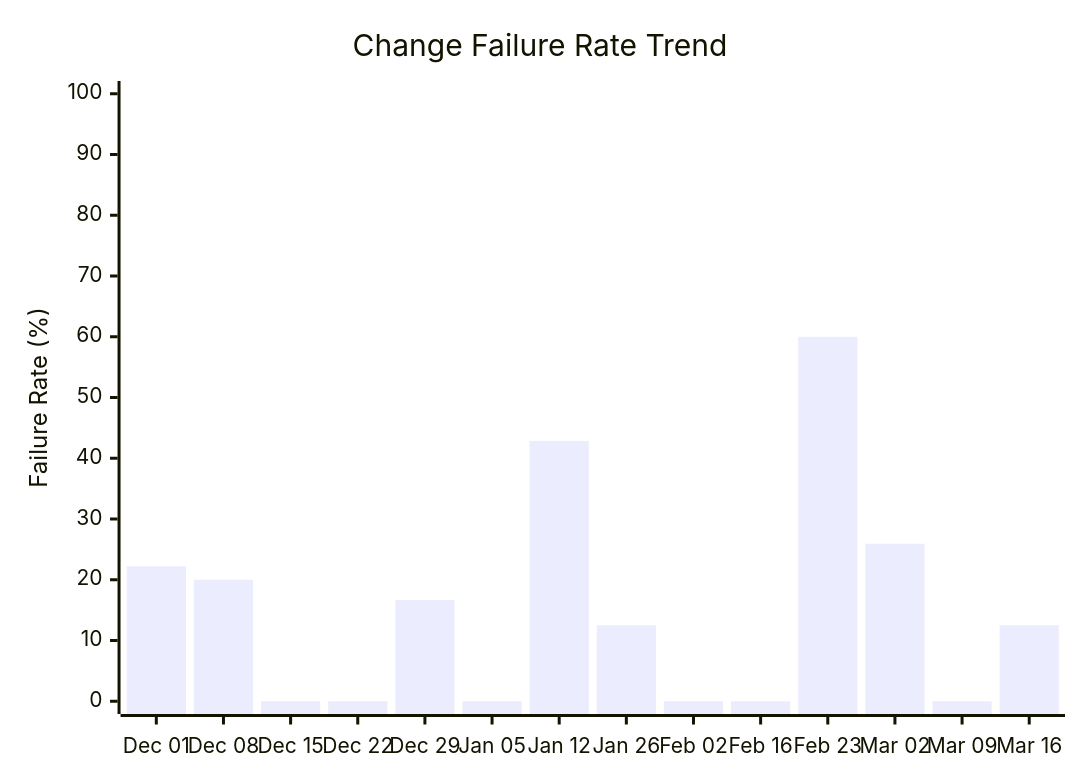
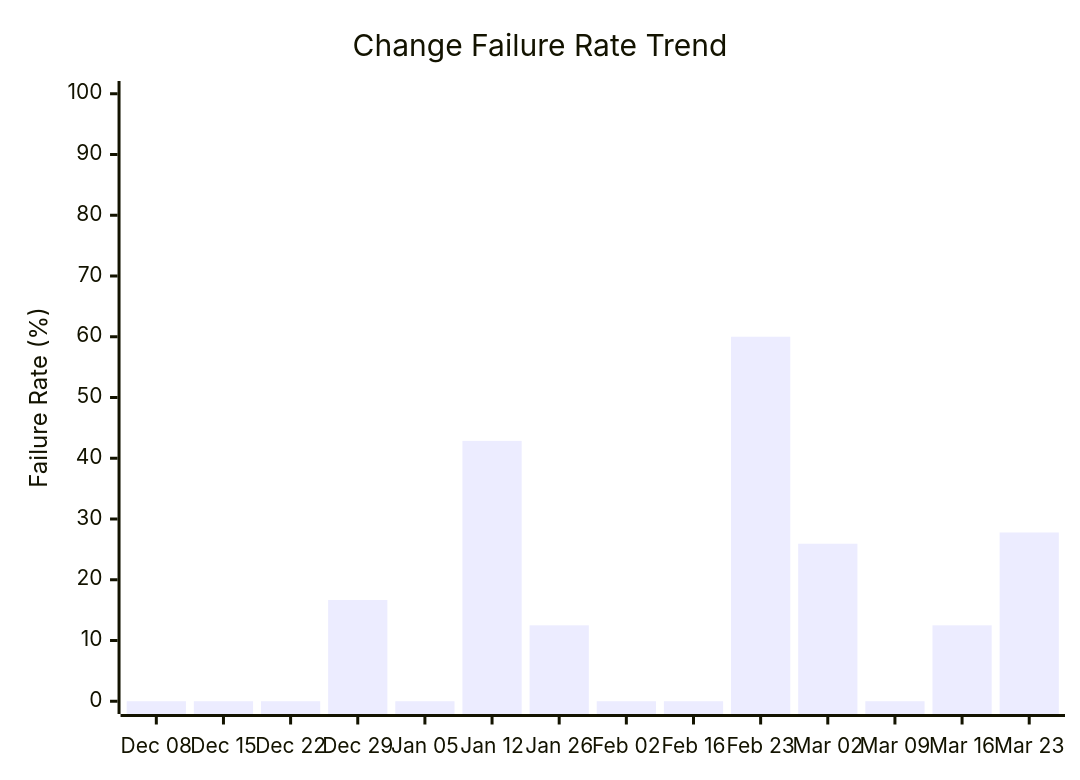
Before and after one commit to ukma-cs-ssdm-2025/rate-ukma: the fourth of 4 diagrams in docs/ci-cd/dora-summary.md, drawn with Mermaid. The commit also changed other lines of this file, not shown here.

````diff
--- a/docs/ci-cd/dora-summary.md
+++ b/docs/ci-cd/dora-summary.md
@@ -74,7 +73,7 @@
 ```mermaid
 xychart-beta
     title "Change Failure Rate Trend"
-    x-axis ["Dec 01", "Dec 08", "Dec 15", "Dec 22", "Dec 29", "Jan 05", "Jan 12", "Jan 26", "Feb 02", "Feb 16", "Feb 23", "Mar 02", "Mar 09", "Mar 16"]
+    x-axis ["Dec 08", "Dec 15", "Dec 22", "Dec 29", "Jan 05", "Jan 12", "Jan 26", "Feb 02", "Feb 16", "Feb 23", "Mar 02", "Mar 09", "Mar 16", "Mar 23"]
     y-axis "Failure Rate (%)" 0 --> 100
-    bar [22.22, 20.00, 0.00, 0.00, 16.67, 0.00, 42.86, 12.50, 0.00, 0.00, 60.00, 25.93, 0.00, 12.50]
+    bar [0.00, 0.00, 0.00, 16.67, 0.00, 42.86, 12.50, 0.00, 0.00, 60.00, 25.93, 0.00, 12.50, 27.78]
 ```
````
